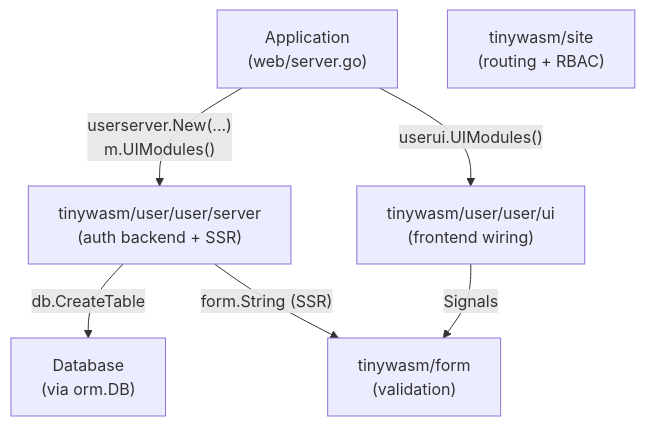
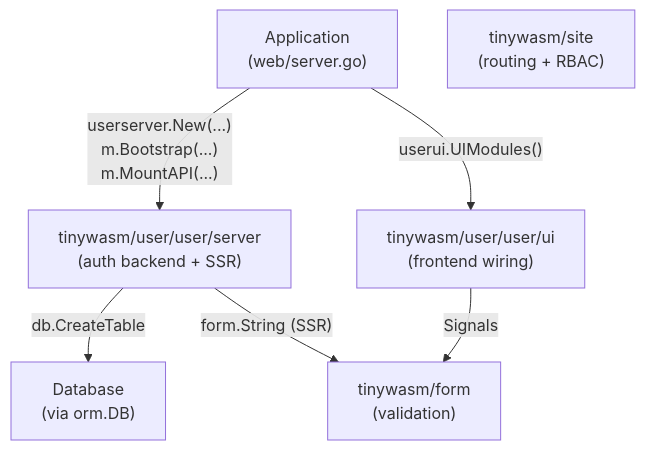
One commit to tinywasm/user changed the diagram in docs/ARCHITECTURE.md. Above: the diagram before and after it, drawn with Mermaid. The commit also changed 13 other files, not shown here.

First line of the commit message:
feat: implement production wiring surface (MountAPI, Bootstrap, permissions)

````diff
--- a/docs/ARCHITECTURE.md
+++ b/docs/ARCHITECTURE.md
@@ -78,15 +78,15 @@
 ```mermaid
 graph TD
     APP["Application\n(web/server.go)"]
     SITE["tinywasm/site\n(routing + RBAC)"]
     SERVER["tinywasm/user/user/server\n(auth backend + SSR)"]
     UI["tinywasm/user/user/ui\n(frontend wiring)"]
     FORM["tinywasm/form\n(validation)"]
     DB["Database\n(via orm.DB)"]
 
-    APP -->|"userserver.New(...)\nm.UIModules()"| SERVER
+    APP -->|"userserver.New(...)\nm.Bootstrap(...)\nm.MountAPI(...)"| SERVER
     APP -->|"userui.UIModules()"| UI
     SERVER -->|"db.CreateTable"| DB
     UI -->|"Signals"| FORM
     SERVER -->|"form.String (SSR)"| FORM
 ```
````
